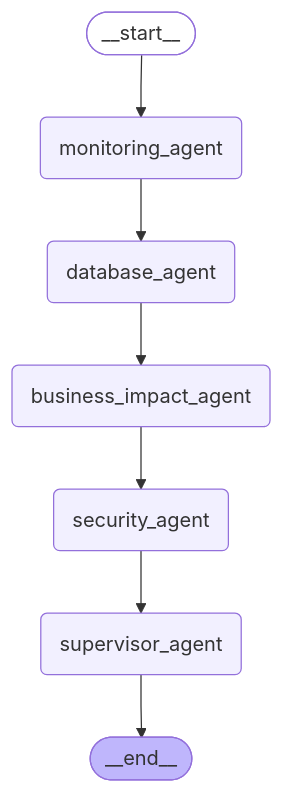
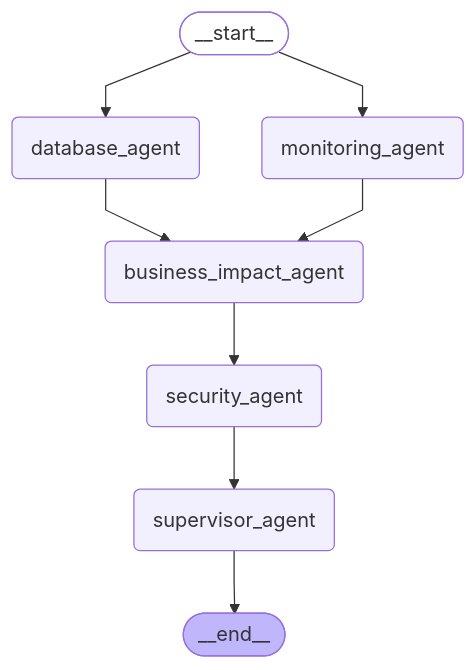
Before and after one commit to avinash007b/agenticAI: the diagram in module7_multi_agent_lab/multi_agent_workflow.mmd, drawn with Mermaid. The commit also changed 1 other file, not shown here.

```diff
--- a/module7_multi_agent_lab/multi_agent_workflow.mmd
+++ b/module7_multi_agent_lab/multi_agent_workflow.mmd
@@ -1,22 +1,23 @@
 ---
 config:
   flowchart:
     curve: linear
 ---
 graph TD;
 	__start__([<p>__start__</p>]):::first
 	monitoring_agent(monitoring_agent)
 	database_agent(database_agent)
 	business_impact_agent(business_impact_agent)
 	security_agent(security_agent)
 	supervisor_agent(supervisor_agent)
 	__end__([<p>__end__</p>]):::last
+	__start__ --> database_agent;
 	__start__ --> monitoring_agent;
 	business_impact_agent --> security_agent;
 	database_agent --> business_impact_agent;
-	monitoring_agent --> database_agent;
+	monitoring_agent --> business_impact_agent;
 	security_agent --> supervisor_agent;
 	supervisor_agent --> __end__;
 	classDef default fill:#f2f0ff,line-height:1.2
 	classDef first fill-opacity:0
 	classDef last fill:#bfb6fc
```
